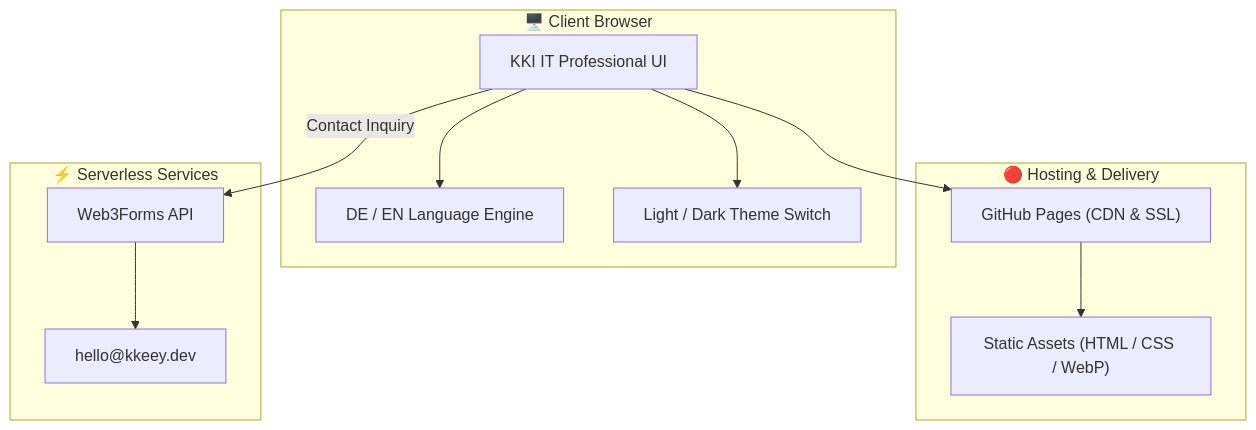
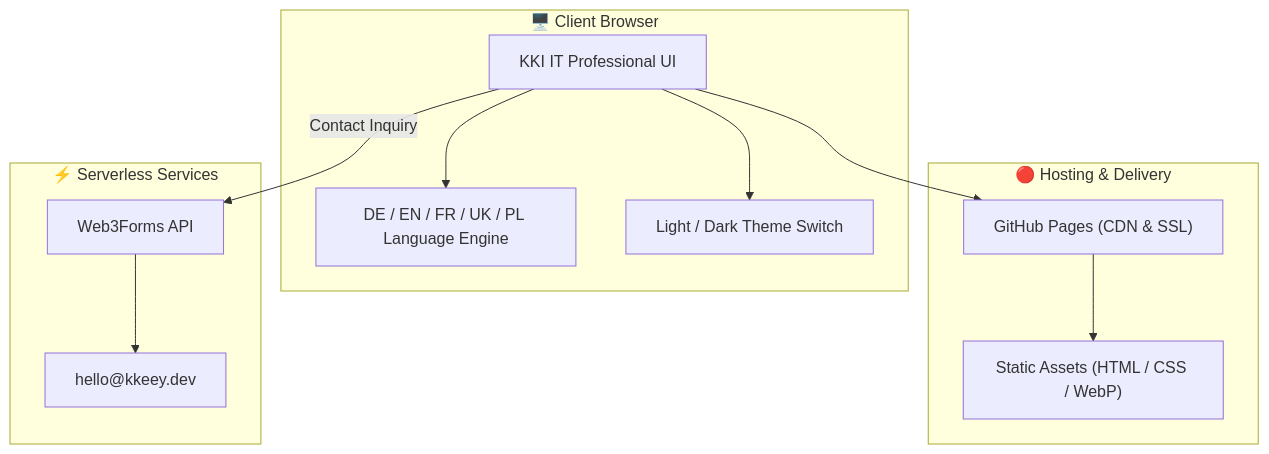
Before and after one commit to KKEEY92/CV_IT_KKEEY: the diagram in README.md, drawn with Mermaid. The commit also changed other lines of this file and 7 other files, not shown here.

Commit message:
feat: link context architecture from the IT portfolio

````diff
--- a/README.md
+++ b/README.md
@@ -45,23 +45,23 @@
 ```mermaid
 graph TD
     subgraph Client["🖥️ Client Browser"]
         UI["KKI IT Professional UI"]
-        LANG["DE / EN Language Engine"]
+        LANG["DE / EN / FR / UK / PL Language Engine"]
         THEME["Light / Dark Theme Switch"]
     end
     
     subgraph Host["🔴 Hosting & Delivery"]
         GH["GitHub Pages (CDN & SSL)"]
         ASSETS["Static Assets (HTML / CSS / WebP)"]
     end
 
     subgraph Service["⚡ Serverless Services"]
         W3F["Web3Forms API"]
         MAIL["hello@kkeey.dev"]
     end
 
     UI --> GH
     GH --> ASSETS
     UI --> LANG & THEME
     UI -->|Contact Inquiry| W3F --> MAIL
 ```
````
